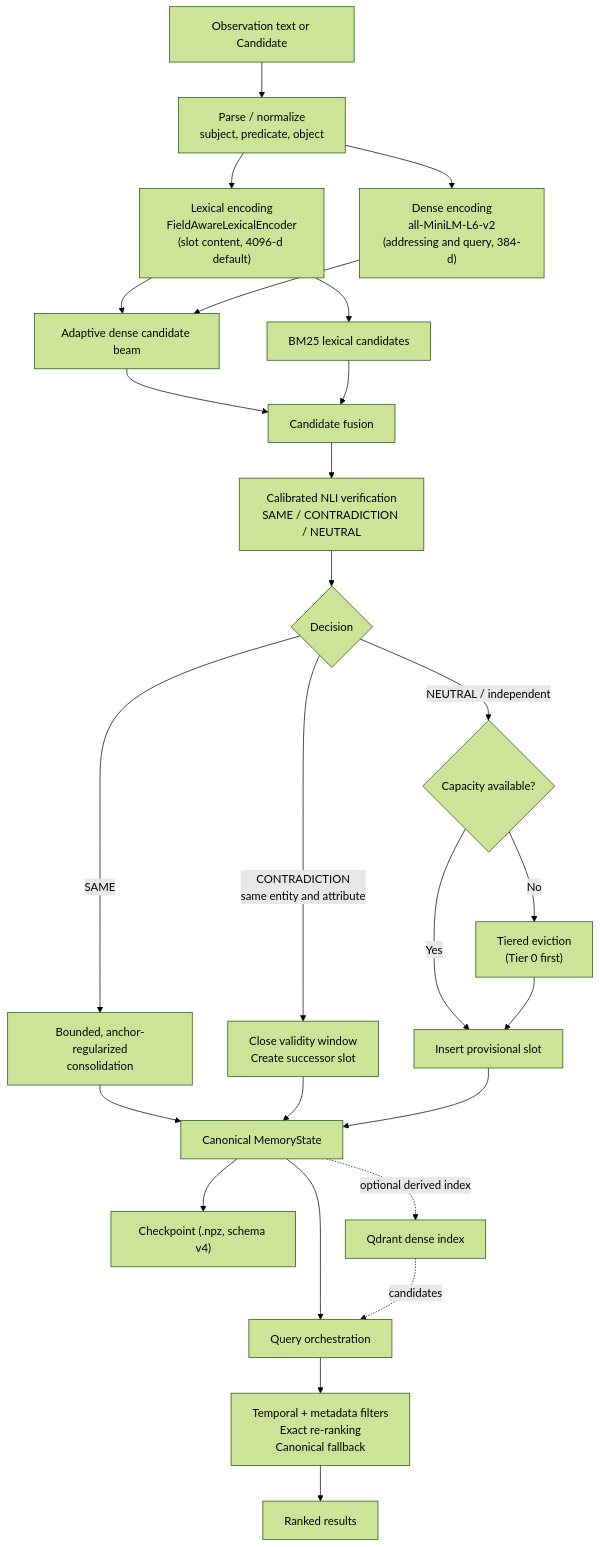
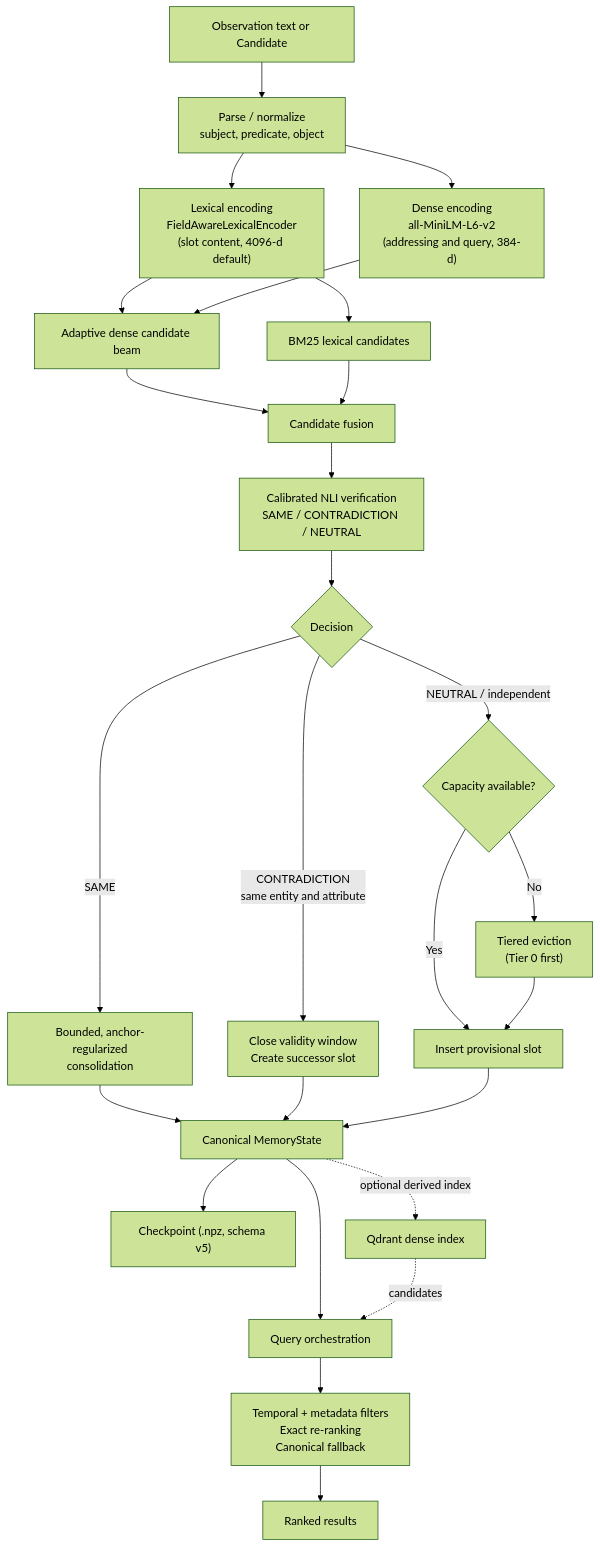
Before and after one commit to robel-samuel/MINEMOS: the diagram in docs/architecture/overview.md, drawn with Mermaid (forest theme). The commit also changed other lines of this file and 36 other files, not shown here.

````diff
--- a/docs/architecture/overview.md
+++ b/docs/architecture/overview.md
@@ -30,28 +30,28 @@
 ```mermaid
 flowchart TD
     A["Observation text or Candidate"] --> B["Parse / normalize\nsubject, predicate, object"]
     B --> C["Lexical encoding\nFieldAwareLexicalEncoder\n(slot content, 4096-d default)"]
     B --> D["Dense encoding\nall-MiniLM-L6-v2\n(addressing and query, 384-d)"]
     C --> E["Adaptive dense candidate beam"]
     D --> E
     C --> F["BM25 lexical candidates"]
     E --> G["Candidate fusion"]
     F --> G
     G --> H["Calibrated NLI verification\nSAME / CONTRADICTION / NEUTRAL"]
     H --> I{"Decision"}
     I -- "SAME" --> J["Bounded, anchor-regularized\nconsolidation"]
     I -- "CONTRADICTION\nsame entity and attribute" --> K["Close validity window\nCreate successor slot"]
     I -- "NEUTRAL / independent" --> L{"Capacity available?"}
     L -- "Yes" --> M["Insert provisional slot"]
     L -- "No" --> N["Tiered eviction\n(Tier 0 first)"]
     N --> M
     J --> O["Canonical MemoryState"]
     K --> O
     M --> O
-    O --> P["Checkpoint (.npz, schema v4)"]
+    O --> P["Checkpoint (.npz, schema v5)"]
     O -. "optional derived index" .-> Q["Qdrant dense index"]
     O --> R["Query orchestration"]
     Q -. "candidates" .-> R
     R --> S["Temporal + metadata filters\nExact re-ranking\nCanonical fallback"]
     S --> T["Ranked results"]
 ```
````
